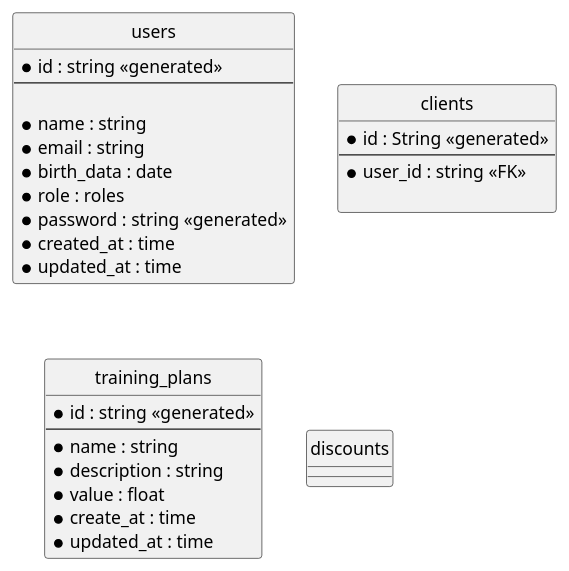
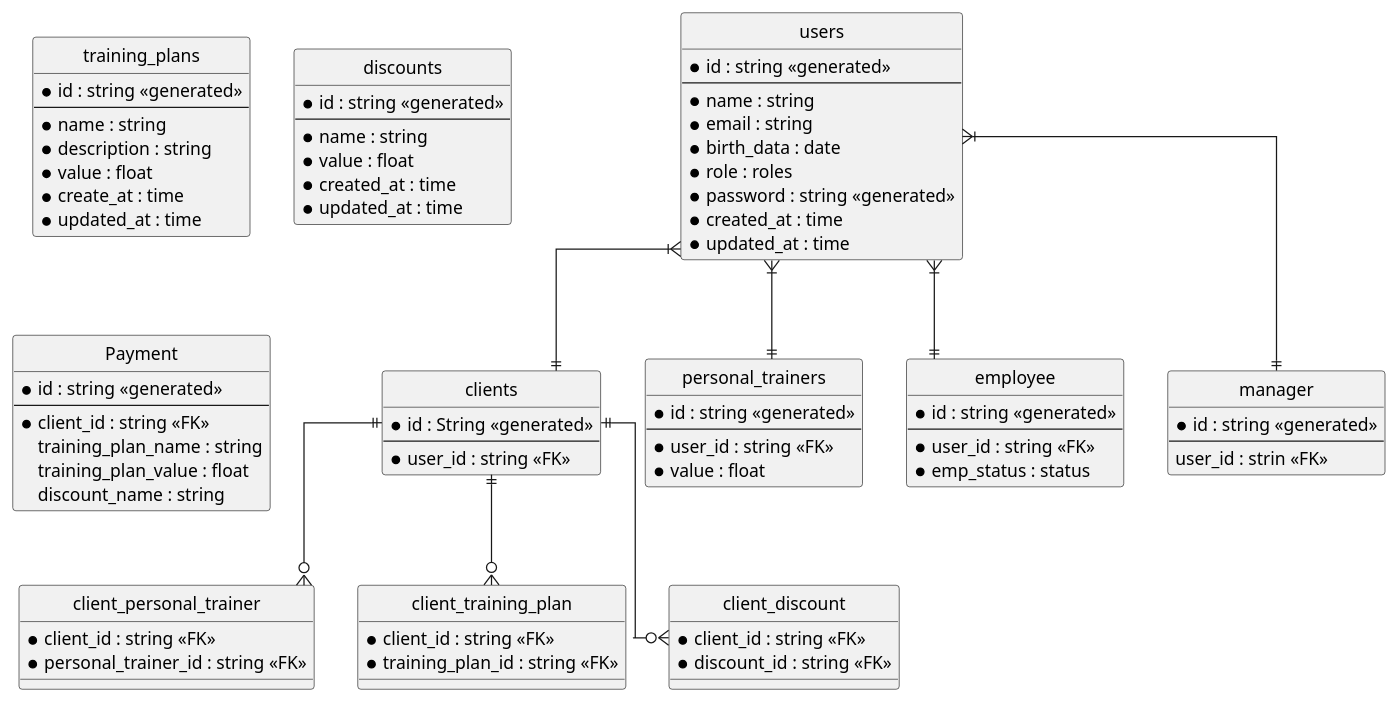
Before and after one commit to bosshentai/tccCode: the diagram in diagram/ER/diagram.plantuml, drawn with PlantUML. The commit also changed 1 other file, not shown here.

Commit message:
ER diagram not finish

```diff
--- a/diagram/ER/diagram.plantuml
+++ b/diagram/ER/diagram.plantuml
@@ -1,44 +1,105 @@
 @startuml ERDiagram
 
 ' hide the spot
 hide circle
 
 
 skinparam linetype ortho
 
 entity "users" as u1 {
   '* identifying_atrribute
   * id : string <<generated>>
   --
-
   * name : string
   * email : string
   * birth_data : date
   * role : roles
   * password : string <<generated>>
   * created_at : time
   * updated_at : time
 }
 
 entity "clients" as c1 {
   * id : String <<generated>>
   --
   * user_id : string <<FK>>
-
 }
 
 entity "training_plans" as t1 {
   * id : string <<generated>>
   --
   * name : string
   * description : string
   * value : float
   * create_at : time
   * updated_at : time
 }
 
 entity "discounts" as d1 {
-  
+  * id : string <<generated>>
+  --
+  * name : string
+  * value : float
+  * created_at : time
+  * updated_at : time
 }
 
+entity "personal_trainers" as pt {
+  * id : string <<generated>>
+  --
+  * user_id : string <<FK>>
+  * value : float
+}
+
+entity "employee" as e1 {
+  * id : string <<generated>>
+  --
+  * user_id : string <<FK>>
+  * emp_status : status
+}
+
+entity "manager" as m1 {
+  * id : string <<generated>>
+  --
+  user_id : strin <<FK>>
+}
+
+
+entity "Payment" as pay {
+  * id : string <<generated>>
+  --
+  * client_id : string <<FK>>
+  training_plan_name : string
+  training_plan_value : float
+  discount_name : string
+}
+
+entity "client_personal_trainer" as cpt{
+  * client_id : string <<FK>>
+  * personal_trainer_id : string <<FK>>
+}
+
+entity "client_training_plan" as ctp {
+  * client_id : string <<FK>>
+  * training_plan_id : string <<FK>>
+}
+
+entity "client_discount" as cd {
+  * client_id : string <<FK>>
+  * discount_id : string <<FK>>
+}
+
+
+u1 }|--|| c1
+u1 }|--|| m1
+u1 }|--|| e1
+u1 }|--|| pt
+
+
+
+c1 ||--o{ cpt
+c1 ||--o{ cd
+c1 ||--o{ ctp
+
+
 @enduml
```
